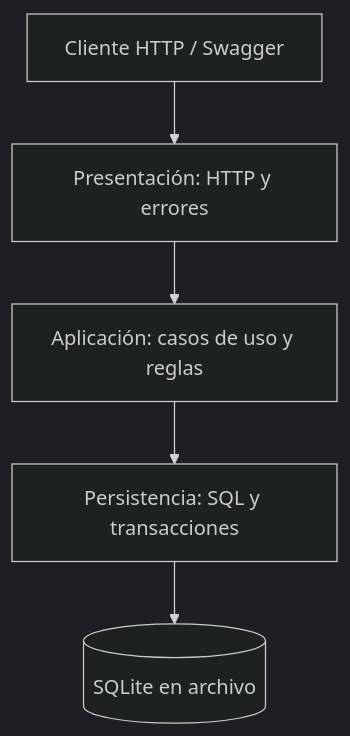
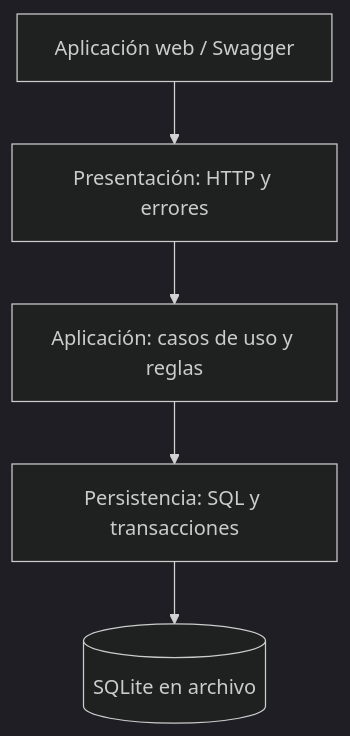
Before and after one commit to MathiasVinces/MecaGest: the first of 3 diagrams in docs/arquitectura.md, drawn with Mermaid (dark theme). The commit also changed other lines of this file and 7 other files, not shown here.

````diff
--- a/docs/arquitectura.md
+++ b/docs/arquitectura.md
@@ -3,7 +3,7 @@
 ```mermaid
 flowchart TD
-  H[Cliente HTTP / Swagger] --> P[Presentación: HTTP y errores]
+  H[Aplicación web / Swagger] --> P[Presentación: HTTP y errores]
   P --> A[Aplicación: casos de uso y reglas]
   A --> R[Persistencia: SQL y transacciones]
   R --> DB[(SQLite en archivo)]
 ```
````
